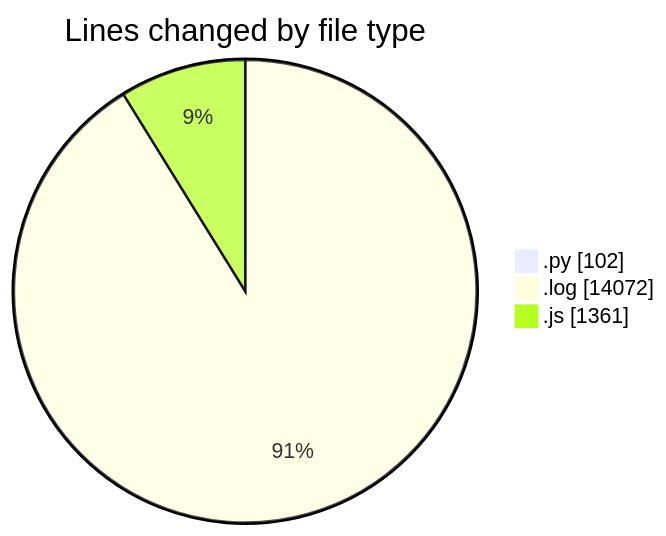
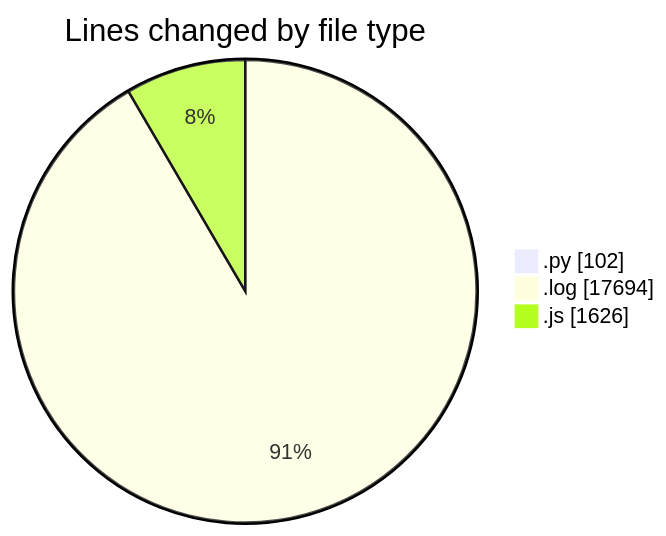
The first of 2 diagrams in 2025-04-19/nxtqube_webapp/README.md (nxtqubesakshisongat/code-tracking), drawn with Mermaid before and after one commit. The commit also changed other lines of this file and 1 other file, not shown here.

````diff
--- a/2025-04-19/nxtqube_webapp/README.md
+++ b/2025-04-19/nxtqube_webapp/README.md
@@ -30,7 +32,7 @@
 ```mermaid
 pie showData
 title Lines changed by file type
 ".py" : 102
-".log" : 14072
-".js" : 1361
+".log" : 17694
+".js" : 1626
 ```
````
